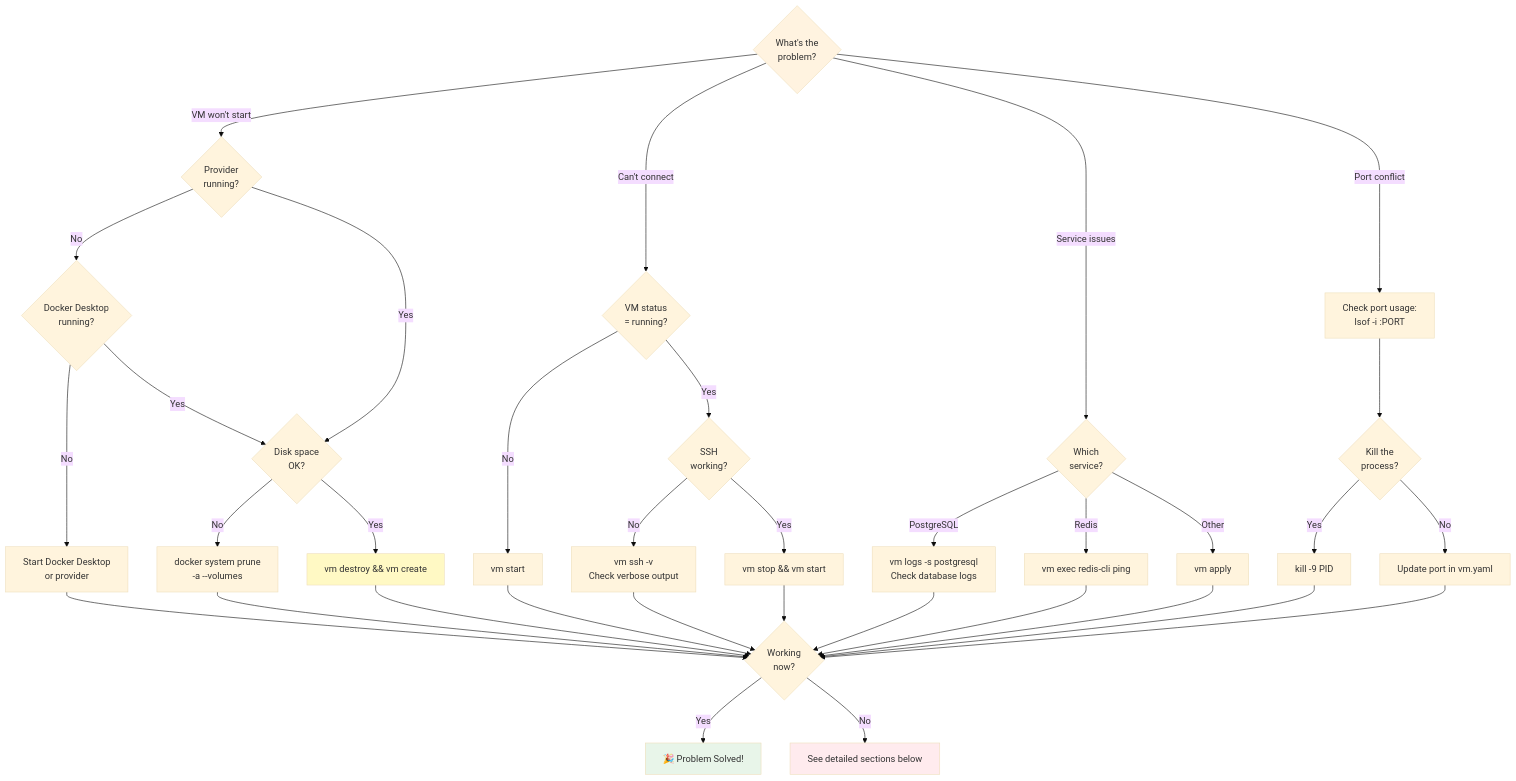
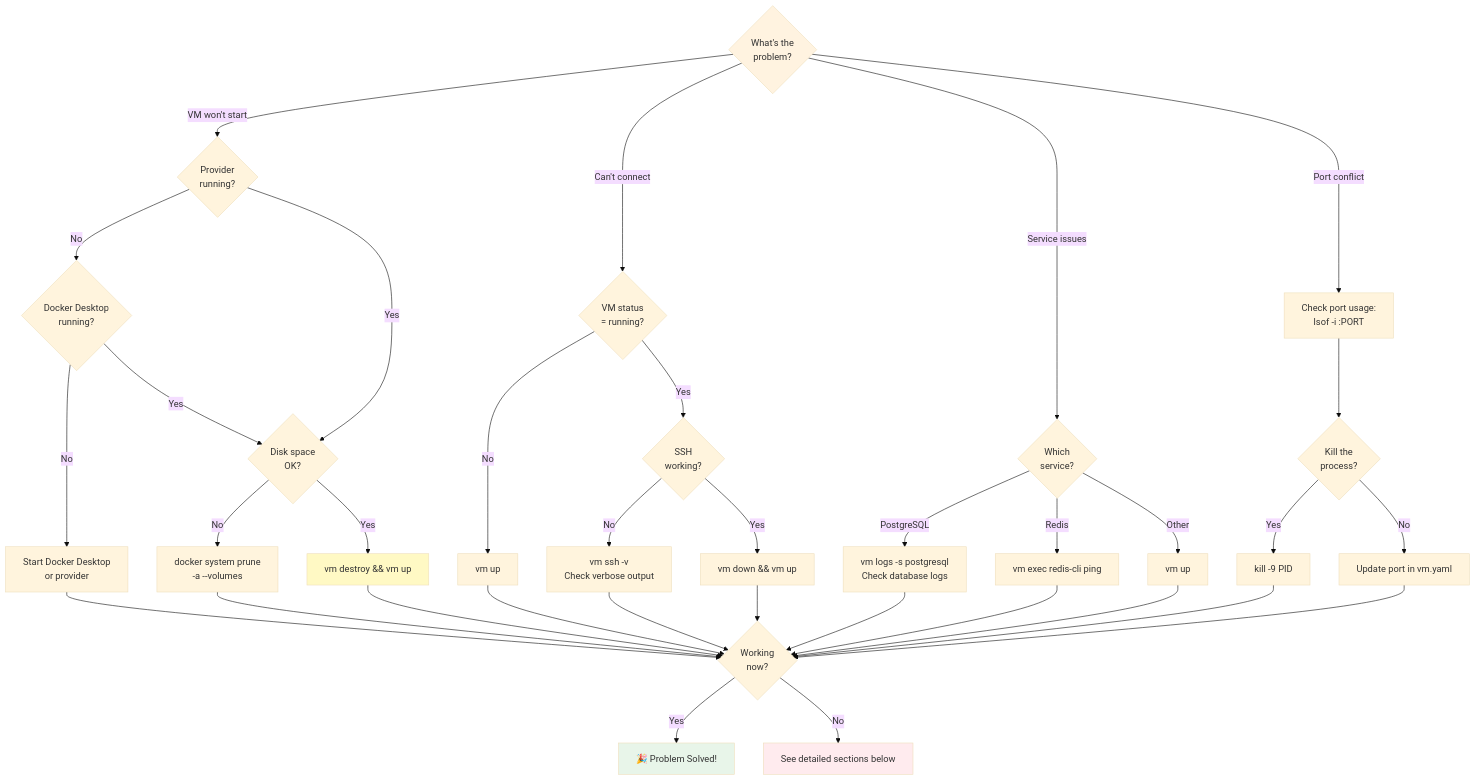
One commit to goobits/vm changed the diagram in docs/user-guide/troubleshooting.md. Above: the diagram before and after it, drawn with Mermaid (base theme). The commit also changed other lines of this file and 10 other files, not shown here.

````diff
--- a/docs/user-guide/troubleshooting.md
+++ b/docs/user-guide/troubleshooting.md
@@ -7,53 +7,53 @@
 ```mermaid
 flowchart TD
     Start{What's the<br/>problem?}
 
     Start -->|VM won't start| WontStart{Provider<br/>running?}
     Start -->|Can't connect| CantConnect{VM status<br/>= running?}
     Start -->|Service issues| ServiceIssue{Which<br/>service?}
     Start -->|Port conflict| PortIssue[Check port usage:<br/>lsof -i :PORT]
 
     WontStart -->|No| ProviderCheck{Docker Desktop<br/>running?}
     WontStart -->|Yes| SpaceCheck{Disk space<br/>OK?}
 
     ProviderCheck -->|No| StartProvider[Start Docker Desktop<br/>or provider]
     ProviderCheck -->|Yes| SpaceCheck
 
     SpaceCheck -->|No| CleanSpace[docker system prune<br/>-a --volumes]
-    SpaceCheck -->|Yes| Reset[vm destroy && vm create]
+    SpaceCheck -->|Yes| Reset[vm destroy && vm up]
 
-    CantConnect -->|No| StartVM[vm start]
+    CantConnect -->|No| StartVM[vm up]
     CantConnect -->|Yes| SSHCheck{SSH<br/>working?}
 
     SSHCheck -->|No| SSHDebug[vm ssh -v<br/>Check verbose output]
-    SSHCheck -->|Yes| RestartVM[vm stop && vm start]
+    SSHCheck -->|Yes| RestartVM[vm down && vm up]
 
     ServiceIssue -->|PostgreSQL| PG[vm logs -s postgresql<br/>Check database logs]
     ServiceIssue -->|Redis| Redis[vm exec redis-cli ping]
-    ServiceIssue -->|Other| ServiceRestart[vm apply]
+    ServiceIssue -->|Other| ServiceRestart[vm up]
 
     PortIssue --> FindProcess{Kill the<br/>process?}
     FindProcess -->|Yes| KillIt[kill -9 PID]
     FindProcess -->|No| ChangePort[Update port in vm.yaml]
 
     StartProvider --> Verify
     CleanSpace --> Verify
     Reset --> Verify
     StartVM --> Verify
     RestartVM --> Verify
     SSHDebug --> Verify
     ServiceRestart --> Verify
     PG --> Verify
     Redis --> Verify
     KillIt --> Verify
     ChangePort --> Verify
 
     Verify{Working<br/>now?}
     Verify -->|Yes| Success[🎉 Problem Solved!]
     Verify -->|No| Advanced[See detailed sections below]
 
     style Start fill:#fff3e0
     style Success fill:#e8f5e9
     style Advanced fill:#ffebee
     style Reset fill:#fff9c4
 ```
````
